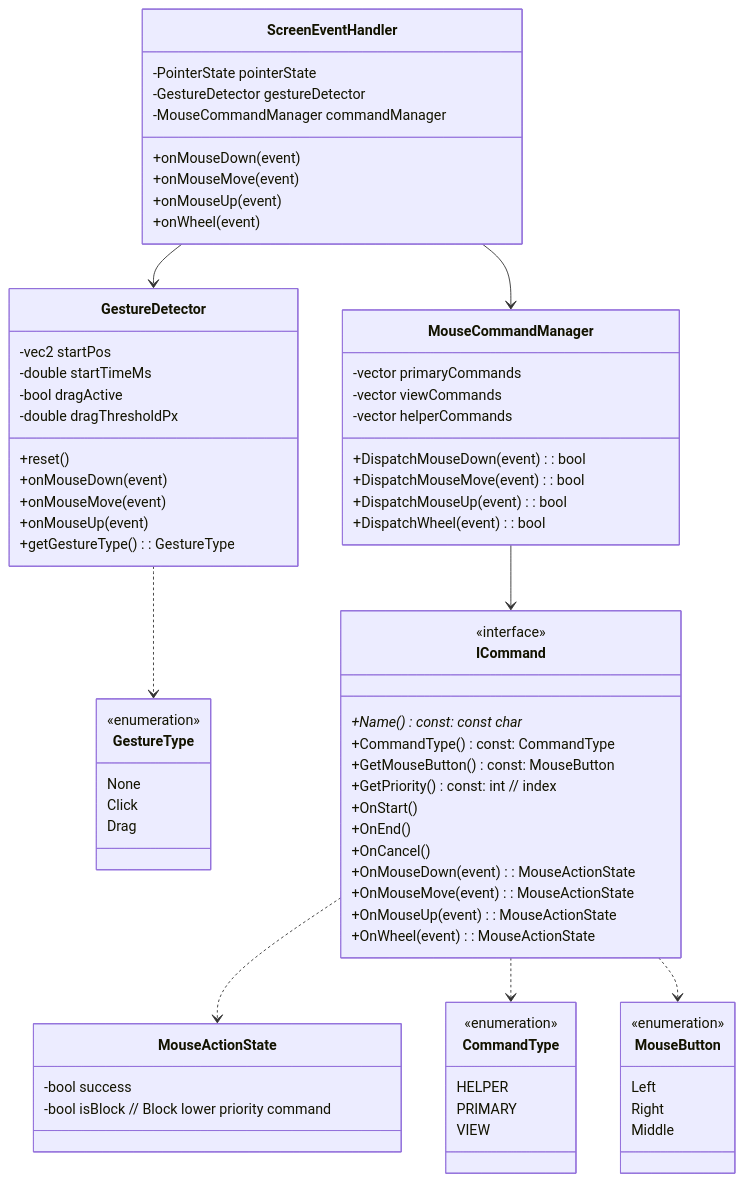
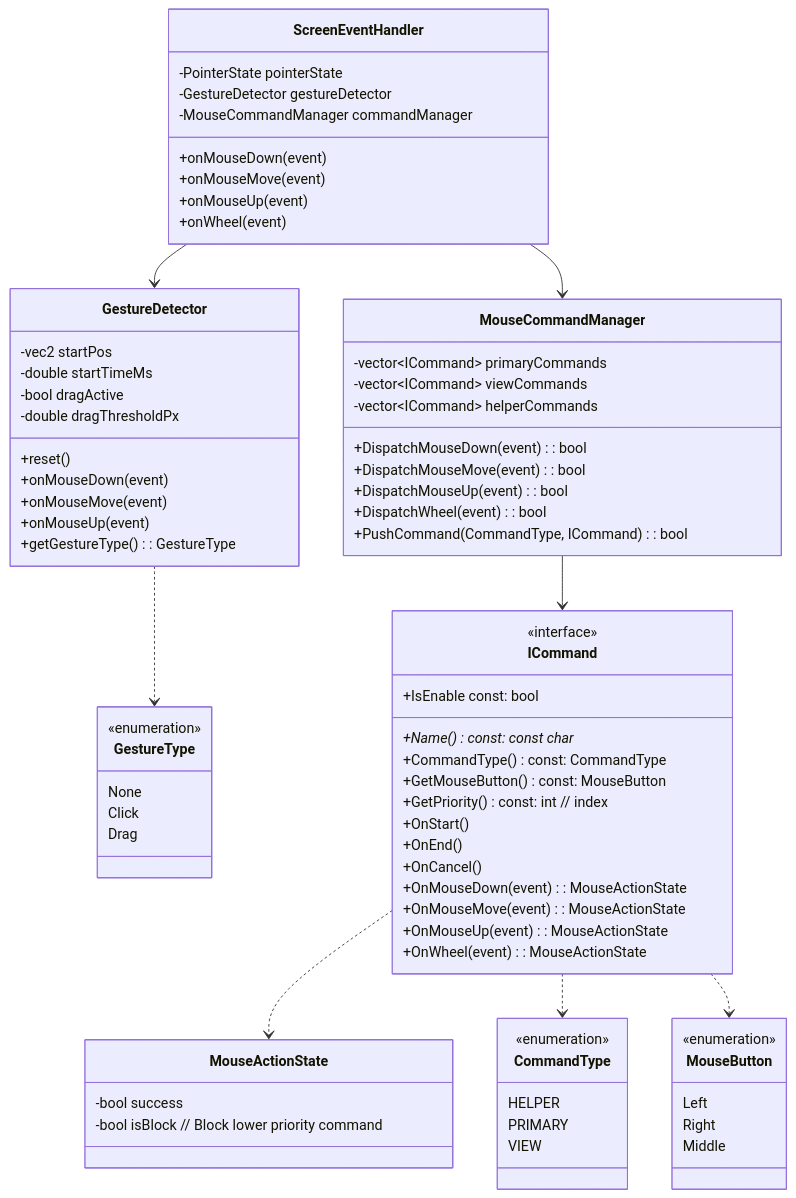
Before and after one commit to vfa-khaidt1/vfa-cdn: the first of 3 diagrams in GraphV6.md, drawn with Mermaid. The commit also changed other lines of this file, not shown here.

```diff
--- a/GraphV6.md
+++ b/GraphV6.md
@@ -53,6 +53,7 @@
         +Name() const: const char*
         +CommandType() const: CommandType
         +GetMouseButton() const: MouseButton
+        +IsEnable const: bool
         +GetPriority() const: int // index
         +OnStart()
         +OnEnd()
@@ -65,13 +66,14 @@
 
 
     class MouseCommandManager {
-        -vector<ICommand> primaryCommands
-        -vector<ICommand> viewCommands
-        -vector<ICommand> helperCommands
+        -vector~ICommand~ primaryCommands
+        -vector~ICommand~ viewCommands
+        -vector~ICommand~ helperCommands
         +DispatchMouseDown(event): bool
         +DispatchMouseMove(event): bool
         +DispatchMouseUp(event): bool
         +DispatchWheel(event): bool
+        +PushCommand(CommandType, ICommand): bool
     }
 
     ScreenEventHandler --> GestureDetector
```
